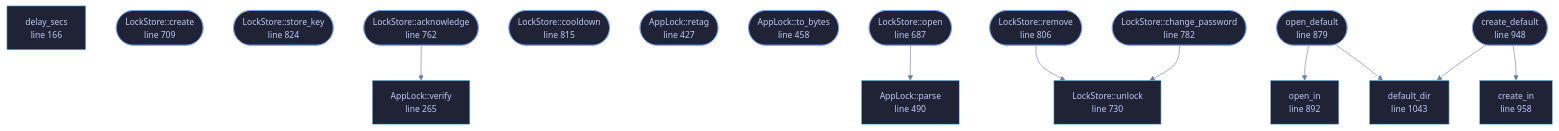
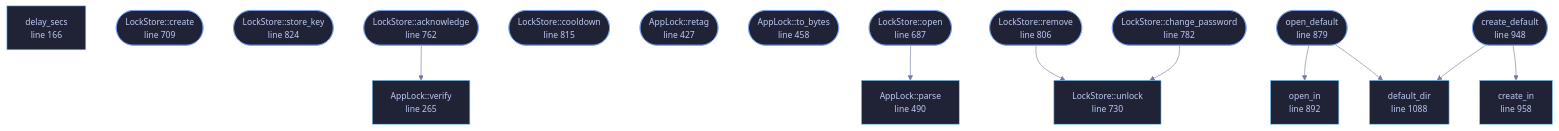
Before and after one commit to tilas01/veilvoice: the diagram in wiki/File-veilvoice-crypto-lock.md, drawn with Mermaid. The commit also changed other lines of this file and 59 other files, not shown here.

````diff
--- a/wiki/File-veilvoice-crypto-lock.md
+++ b/wiki/File-veilvoice-crypto-lock.md
@@ -188,60 +192,60 @@
 ```mermaid
 %%{init: {"theme":"base","themeVariables":{"background":"#1a1b26","primaryColor":"#1f2335","primaryTextColor":"#c0caf5","primaryBorderColor":"#7aa2f7","secondaryColor":"#16161e","tertiaryColor":"#16161e","lineColor":"#737aa2","textColor":"#c0caf5","mainBkg":"#1f2335","nodeBorder":"#7aa2f7","clusterBkg":"#16161e","clusterBorder":"#2f3549","fontFamily":"ui-monospace, SFMono-Regular, Consolas, monospace","fontSize":"14px"}}}%%
 flowchart TD
     n_delay_secs["delay_secs<br/>line 166"]
     n_create(["AppLock::create<br/>line 223"])
     n_store_key(["AppLock::store_key<br/>line 255"])
     n_verify["AppLock::verify<br/>line 265"]
     n_acknowledge(["AppLock::acknowledge<br/>line 327"])
     n_cooldown(["AppLock::cooldown<br/>line 367"])
     n_retag(["AppLock::retag<br/>line 427"])
     n_to_bytes(["AppLock::to_bytes<br/>line 458"])
     n_parse["AppLock::parse<br/>line 490"]
     n_open(["LockStore::open<br/>line 687"])
     n_create(["LockStore::create<br/>line 709"])
     n_unlock["LockStore::unlock<br/>line 730"]
     n_acknowledge(["LockStore::acknowledge<br/>line 762"])
     n_change_password(["LockStore::change_password<br/>line 782"])
     n_remove(["LockStore::remove<br/>line 806"])
     n_cooldown(["LockStore::cooldown<br/>line 815"])
     n_store_key(["LockStore::store_key<br/>line 824"])
     n_open_default(["open_default<br/>line 879"])
     n_open_in["open_in<br/>line 892"]
     n_create_default(["create_default<br/>line 948"])
     n_create_in["create_in<br/>line 958"]
-    n_default_dir["default_dir<br/>line 1043"]
+    n_default_dir["default_dir<br/>line 1088"]
     n_acknowledge --> n_verify
     n_change_password --> n_unlock
     n_create_default --> n_create_in
     n_create_default --> n_default_dir
     n_open --> n_parse
     n_open_default --> n_default_dir
     n_open_default --> n_open_in
     n_remove --> n_unlock
     click n_delay_secs href "https://github.com/tilas01/veilvoice/blob/main/crates/veilvoice-crypto/src/lock.rs#L166" "open the source"
     click n_create href "https://github.com/tilas01/veilvoice/blob/main/crates/veilvoice-crypto/src/lock.rs#L223" "open the source"
     click n_store_key href "https://github.com/tilas01/veilvoice/blob/main/crates/veilvoice-crypto/src/lock.rs#L255" "open the source"
     click n_verify href "https://github.com/tilas01/veilvoice/blob/main/crates/veilvoice-crypto/src/lock.rs#L265" "open the source"
     click n_acknowledge href "https://github.com/tilas01/veilvoice/blob/main/crates/veilvoice-crypto/src/lock.rs#L327" "open the source"
     click n_cooldown href "https://github.com/tilas01/veilvoice/blob/main/crates/veilvoice-crypto/src/lock.rs#L367" "open the source"
     click n_retag href "https://github.com/tilas01/veilvoice/blob/main/crates/veilvoice-crypto/src/lock.rs#L427" "open the source"
     click n_to_bytes href "https://github.com/tilas01/veilvoice/blob/main/crates/veilvoice-crypto/src/lock.rs#L458" "open the source"
     click n_parse href "https://github.com/tilas01/veilvoice/blob/main/crates/veilvoice-crypto/src/lock.rs#L490" "open the source"
     click n_open href "https://github.com/tilas01/veilvoice/blob/main/crates/veilvoice-crypto/src/lock.rs#L687" "open the source"
     click n_create href "https://github.com/tilas01/veilvoice/blob/main/crates/veilvoice-crypto/src/lock.rs#L709" "open the source"
     click n_unlock href "https://github.com/tilas01/veilvoice/blob/main/crates/veilvoice-crypto/src/lock.rs#L730" "open the source"
     click n_acknowledge href "https://github.com/tilas01/veilvoice/blob/main/crates/veilvoice-crypto/src/lock.rs#L762" "open the source"
     click n_change_password href "https://github.com/tilas01/veilvoice/blob/main/crates/veilvoice-crypto/src/lock.rs#L782" "open the source"
     click n_remove href "https://github.com/tilas01/veilvoice/blob/main/crates/veilvoice-crypto/src/lock.rs#L806" "open the source"
     click n_cooldown href "https://github.com/tilas01/veilvoice/blob/main/crates/veilvoice-crypto/src/lock.rs#L815" "open the source"
     click n_store_key href "https://github.com/tilas01/veilvoice/blob/main/crates/veilvoice-crypto/src/lock.rs#L824" "open the source"
     click n_open_default href "https://github.com/tilas01/veilvoice/blob/main/crates/veilvoice-crypto/src/lock.rs#L879" "open the source"
     click n_open_in href "https://github.com/tilas01/veilvoice/blob/main/crates/veilvoice-crypto/src/lock.rs#L892" "open the source"
     click n_create_default href "https://github.com/tilas01/veilvoice/blob/main/crates/veilvoice-crypto/src/lock.rs#L948" "open the source"
     click n_create_in href "https://github.com/tilas01/veilvoice/blob/main/crates/veilvoice-crypto/src/lock.rs#L958" "open the source"
-    click n_default_dir href "https://github.com/tilas01/veilvoice/blob/main/crates/veilvoice-crypto/src/lock.rs#L1043" "open the source"
+    click n_default_dir href "https://github.com/tilas01/veilvoice/blob/main/crates/veilvoice-crypto/src/lock.rs#L1088" "open the source"
     classDef entry fill:#1f2335,stroke:#7aa2f7,color:#c0caf5
     class n_create,n_store_key,n_acknowledge,n_cooldown,n_retag,n_to_bytes,n_open,n_create,n_acknowledge,n_change_password,n_remove,n_cooldown,n_store_key,n_open_default,n_create_default entry
     classDef api fill:#1f2335,stroke:#7dcfff,color:#c0caf5
     class n_delay_secs,n_verify,n_parse,n_unlock,n_open_in,n_create_in,n_default_dir api
 ```
````
